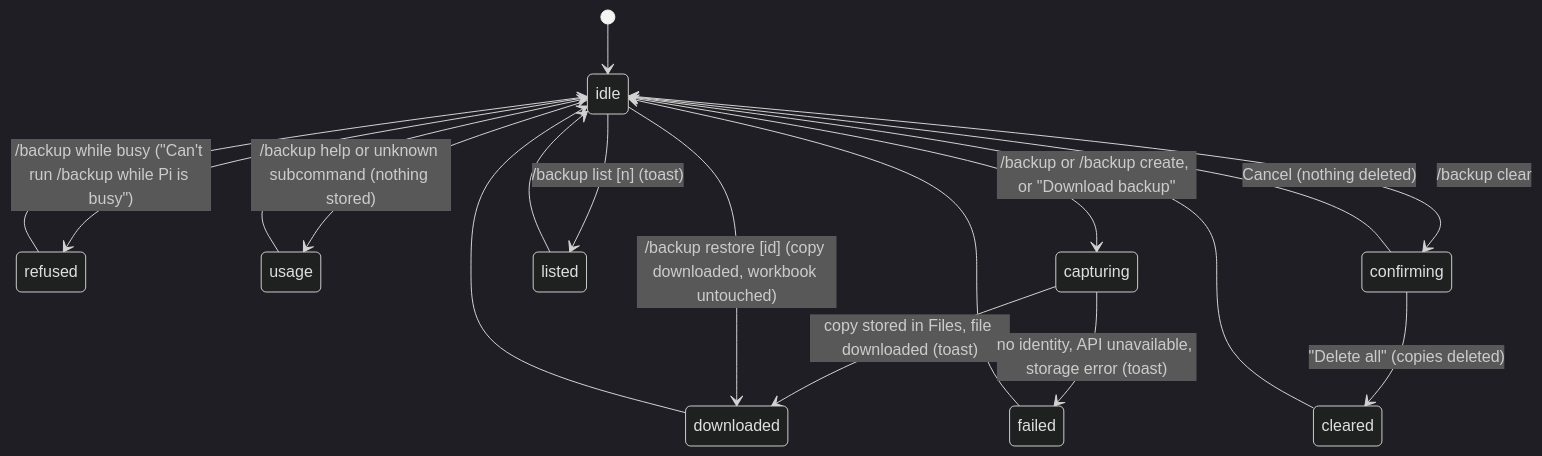
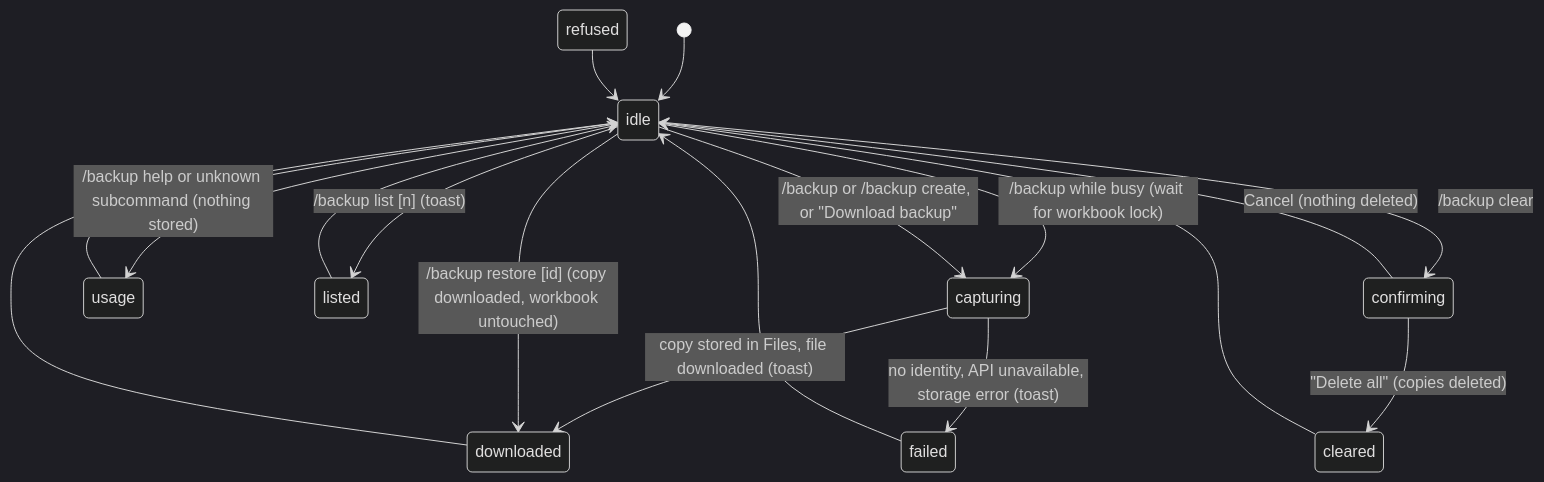
One commit to tmustier/pi-for-excel changed the diagram in product-description/workbook/manual-backups.md. Above: the diagram before and after it, drawn with Mermaid (dark theme). The commit also changed other lines of this file and 7 other files, not shown here.

````diff
--- a/product-description/workbook/manual-backups.md
+++ b/product-description/workbook/manual-backups.md
@@ -15,20 +15,20 @@
 ```mermaid
 stateDiagram-v2
     [*] --> idle
-    idle --> refused : /backup while busy ("Can't run /backup while Pi is busy")
+    idle --> capturing : /backup while busy (wait for workbook lock)
     refused --> idle
     idle --> usage : /backup help or unknown subcommand (nothing stored)
     usage --> idle
     idle --> capturing : /backup or /backup create, or "Download backup"
     capturing --> downloaded : copy stored in Files, file downloaded (toast)
     capturing --> failed : no identity, API unavailable, storage error (toast)
     idle --> listed : /backup list [n] (toast)
     idle --> downloaded : /backup restore [id] (copy downloaded, workbook untouched)
     idle --> confirming : /backup clear
     confirming --> idle : Cancel (nothing deleted)
     confirming --> cleared : "Delete all" (copies deleted)
     downloaded --> idle
     failed --> idle
     listed --> idle
     cleared --> idle
 ```
````
